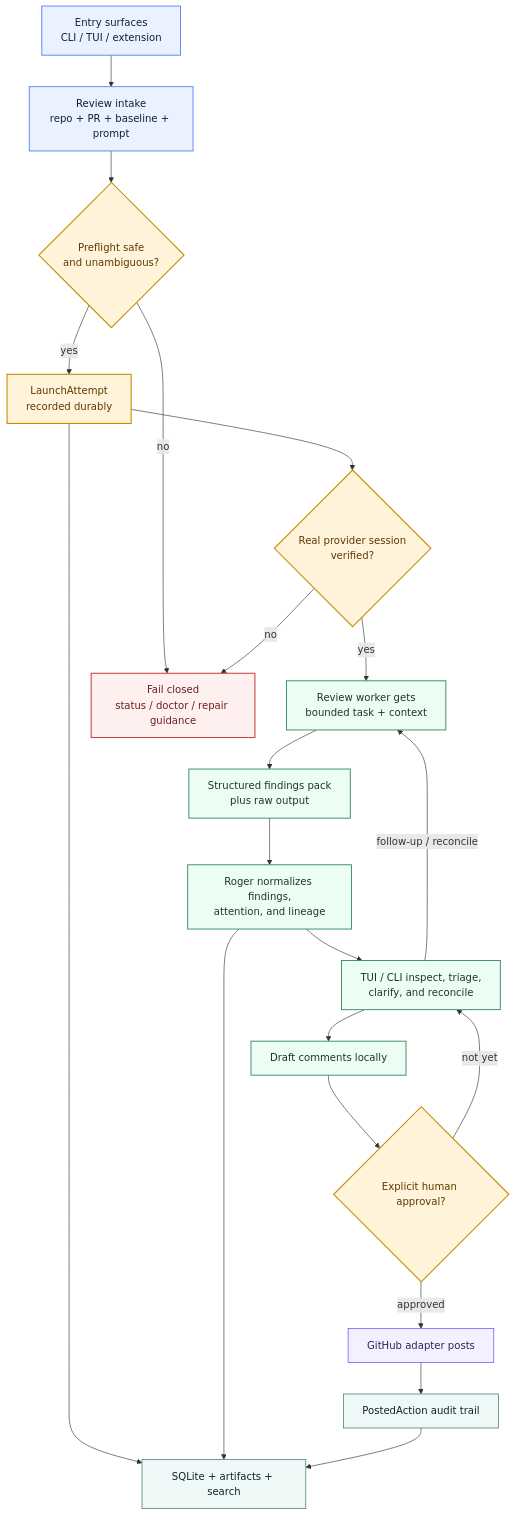
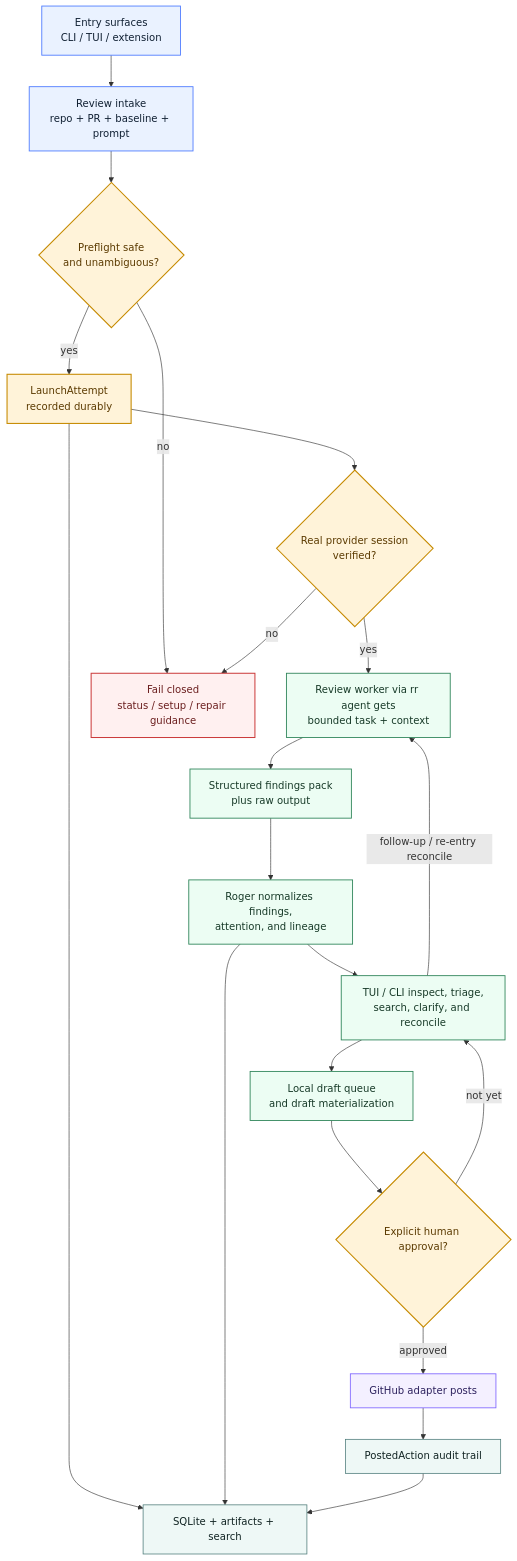
Before and after one commit to cdilga/roger-reviewer: the diagram in README.md, drawn with Mermaid. The commit also changed other lines of this file and 158 other files, not shown here.

First line of the commit message:
feat: land copilot tier-b live harness, worker persistence, triage/prs surfaces, and agent skills

````diff
--- a/README.md
+++ b/README.md
@@ -168,38 +215,38 @@
 ```mermaid
 flowchart TD
     classDef entry fill:#EAF2FF,stroke:#4F7CFF,color:#102033,stroke-width:1.4px;
     classDef gate fill:#FFF3D9,stroke:#C68A00,color:#5B3A00,stroke-width:1.7px;
     classDef core fill:#ECFDF3,stroke:#2F855A,color:#173A28,stroke-width:1.4px;
     classDef data fill:#EEF8F6,stroke:#4C7A78,color:#102322,stroke-width:1.2px;
     classDef blocked fill:#FFF0F0,stroke:#CB3A3A,color:#6B1F1F,stroke-width:1.6px;
     classDef external fill:#F4F0FF,stroke:#7B61FF,color:#2D225E,stroke-width:1.3px;
 
     ENTRY["Entry surfaces<br/>CLI / TUI / extension"]:::entry
     INTAKE["Review intake<br/>repo + PR + baseline + prompt"]:::entry
     PREFLIGHT{"Preflight safe<br/>and unambiguous?"}:::gate
     ATTEMPT["LaunchAttempt<br/>recorded durably"]:::gate
     VERIFY{"Real provider session<br/>verified?"}:::gate
-    WORKER["Review worker gets<br/>bounded task + context"]:::core
+    WORKER["Review worker via rr agent gets<br/>bounded task + context"]:::core
     PACK["Structured findings pack<br/>plus raw output"]:::core
     NORMALIZE["Roger normalizes findings,<br/>attention, and lineage"]:::core
-    INSPECT["TUI / CLI inspect, triage,<br/>clarify, and reconcile"]:::core
-    DRAFT["Draft comments locally"]:::core
+    INSPECT["TUI / CLI inspect, triage,<br/>search, clarify, and reconcile"]:::core
+    DRAFT["Local draft queue<br/>and draft materialization"]:::core
     APPROVE{"Explicit human approval?"}:::gate
     POST["GitHub adapter posts"]:::external
     AUDIT["PostedAction audit trail"]:::data
     STORE["SQLite + artifacts + search"]:::data
-    BLOCK["Fail closed<br/>status / doctor / repair guidance"]:::blocked
+    BLOCK["Fail closed<br/>status / setup / repair guidance"]:::blocked
 
     ENTRY --> INTAKE --> PREFLIGHT
     PREFLIGHT -- no --> BLOCK
     PREFLIGHT -- yes --> ATTEMPT
     ATTEMPT --> STORE
     ATTEMPT --> VERIFY
     VERIFY -- no --> BLOCK
     VERIFY -- yes --> WORKER --> PACK --> NORMALIZE --> INSPECT
     NORMALIZE --> STORE
-    INSPECT -- follow-up / reconcile --> WORKER
+    INSPECT -- follow-up / re-entry reconcile --> WORKER
     INSPECT --> DRAFT --> APPROVE
     APPROVE -- not yet --> INSPECT
     APPROVE -- approved --> POST --> AUDIT --> STORE
 ```
````
